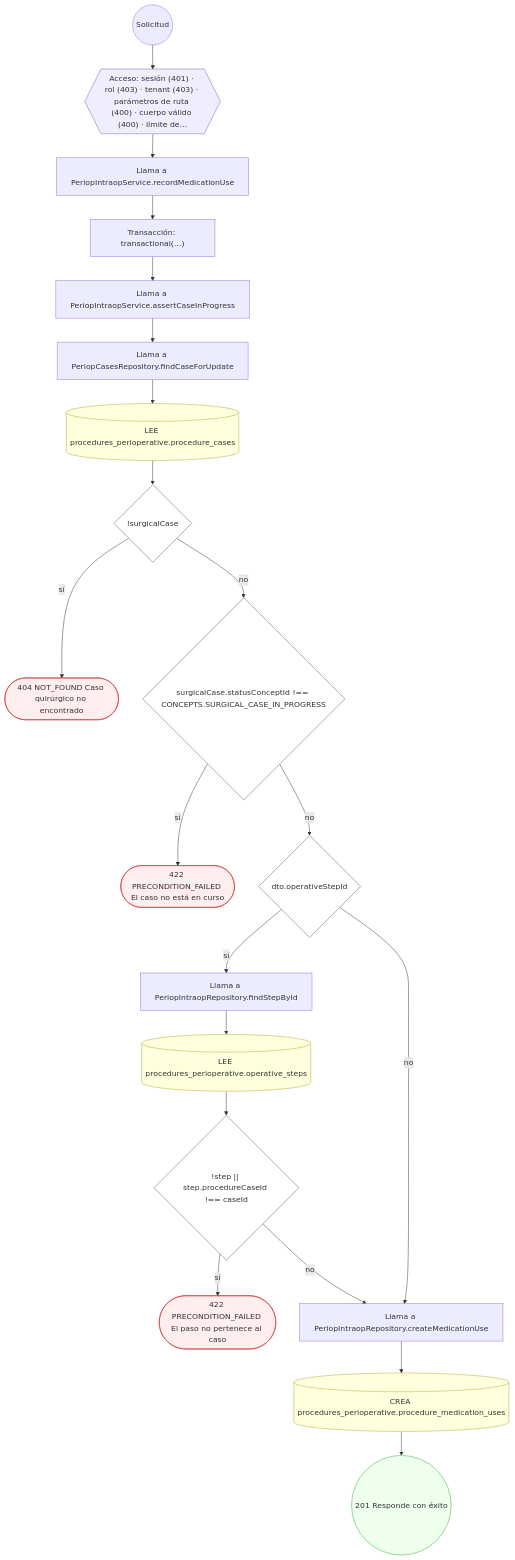
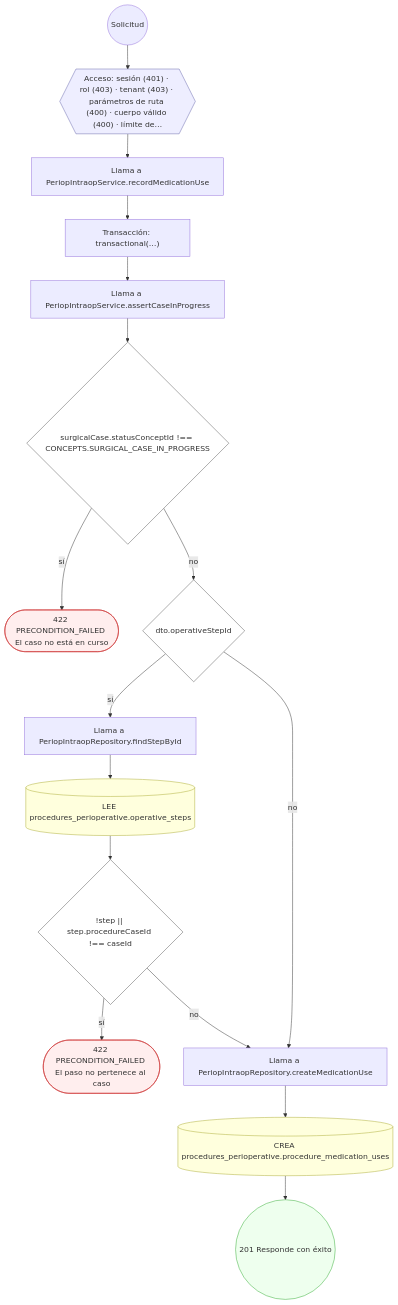
One commit to mdavila-2001/mantra-core-health-api changed diagram 18 of 30 in docs/inventario/flujos/procedures_perioperative.md. Above: the diagram before and after it, drawn with Mermaid. The commit also changed other lines of this file and 438 other files, not shown here.

````diff
--- a/docs/inventario/flujos/procedures_perioperative.md
+++ b/docs/inventario/flujos/procedures_perioperative.md
@@ -1697,47 +1653,39 @@
 ```mermaid
 flowchart TD
   n1(("Solicitud")):::inicio
   n2{{"Acceso: sesión (401) · rol (403) · tenant (403) · parámetros de ruta (400) · cuerpo válido (400) · límite de…"}}:::acceso
   n1 --> n2
   n3["Llama a PeriopIntraopService.recordMedicationUse"]:::llamada
   n2 --> n3
   n4["Transacción: transactional(…)"]:::transaccion
   n3 --> n4
   n5["Llama a PeriopIntraopService.assertCaseInProgress"]:::llamada
   n4 --> n5
-  n6["Llama a PeriopCasesRepository.findCaseForUpdate"]:::llamada
+  n6{"surgicalCase.statusConceptId !== CONCEPTS.SURGICAL_CASE_IN_PROGRESS"}:::decision
   n5 --> n6
-  n7[("LEE procedures_perioperative.procedure_cases")]:::efecto
-  n6 --> n7
-  n8{"!surgicalCase"}:::decision
-  n7 --> n8
-  n9(["404 NOT_FOUND Caso quirúrgico no encontrado"]):::error
+  n7(["422 PRECONDITION_FAILED El caso no está en curso"]):::error
+  n6 -->|"sí"| n7
+  n8{"dto.operativeStepId"}:::decision
+  n6 -->|"no"| n8
+  n9["Llama a PeriopIntraopRepository.findStepById"]:::llamada
   n8 -->|"sí"| n9
-  n10{"surgicalCase.statusConceptId !== CONCEPTS.SURGICAL_CASE_IN_PROGRESS"}:::decision
-  n8 -->|"no"| n10
-  n11(["422 PRECONDITION_FAILED El caso no está en curso"]):::error
-  n10 -->|"sí"| n11
-  n12{"dto.operativeStepId"}:::decision
-  n10 -->|"no"| n12
-  n13["Llama a PeriopIntraopRepository.findStepById"]:::llamada
-  n12 -->|"sí"| n13
-  n14[("LEE procedures_perioperative.operative_steps")]:::efecto
+  n10[("LEE procedures_perioperative.operative_steps")]:::efecto
+  n9 --> n10
+  n11{"!step || step.procedureCaseId !== caseId"}:::decision
+  n10 --> n11
+  n12(["422 PRECONDITION_FAILED El paso no pertenece al caso"]):::error
+  n11 -->|"sí"| n12
+  n13["Llama a PeriopIntraopRepository.createMedicationUse"]:::llamada
+  n11 -->|"no"| n13
+  n8 -->|"no"| n13
+  n14[("CREA procedures_perioperative.procedure_medication_uses")]:::efecto
   n13 --> n14
-  n15{"!step || step.procedureCaseId !== caseId"}:::decision
+  n15(("201 Responde con éxito")):::ok
   n14 --> n15
-  n16(["422 PRECONDITION_FAILED El paso no pertenece al caso"]):::error
-  n15 -->|"sí"| n16
-  n17["Llama a PeriopIntraopRepository.createMedicationUse"]:::llamada
-  n15 -->|"no"| n17
-  n12 -->|"no"| n17
-  n18[("CREA procedures_perioperative.procedure_medication_uses")]:::efecto
-  n17 --> n18
-  n19(("201 Responde con éxito")):::ok
-  n18 --> n19
   classDef acceso fill:#eef,stroke:#66a
   classDef error fill:#fee,stroke:#c33
   classDef ok fill:#efe,stroke:#3a3
   classDef efecto fill:#ffd,stroke:#aa3
   classDef decision fill:#fff,stroke:#555
   classDef corte fill:#eee,stroke:#999,stroke-dasharray: 4
 ```
````
